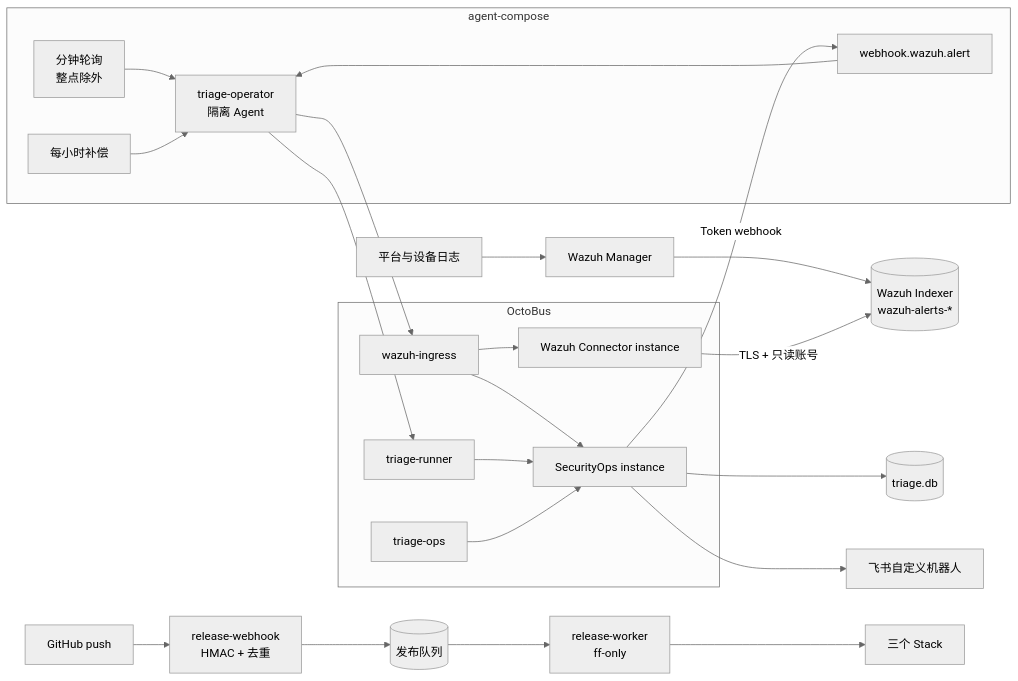
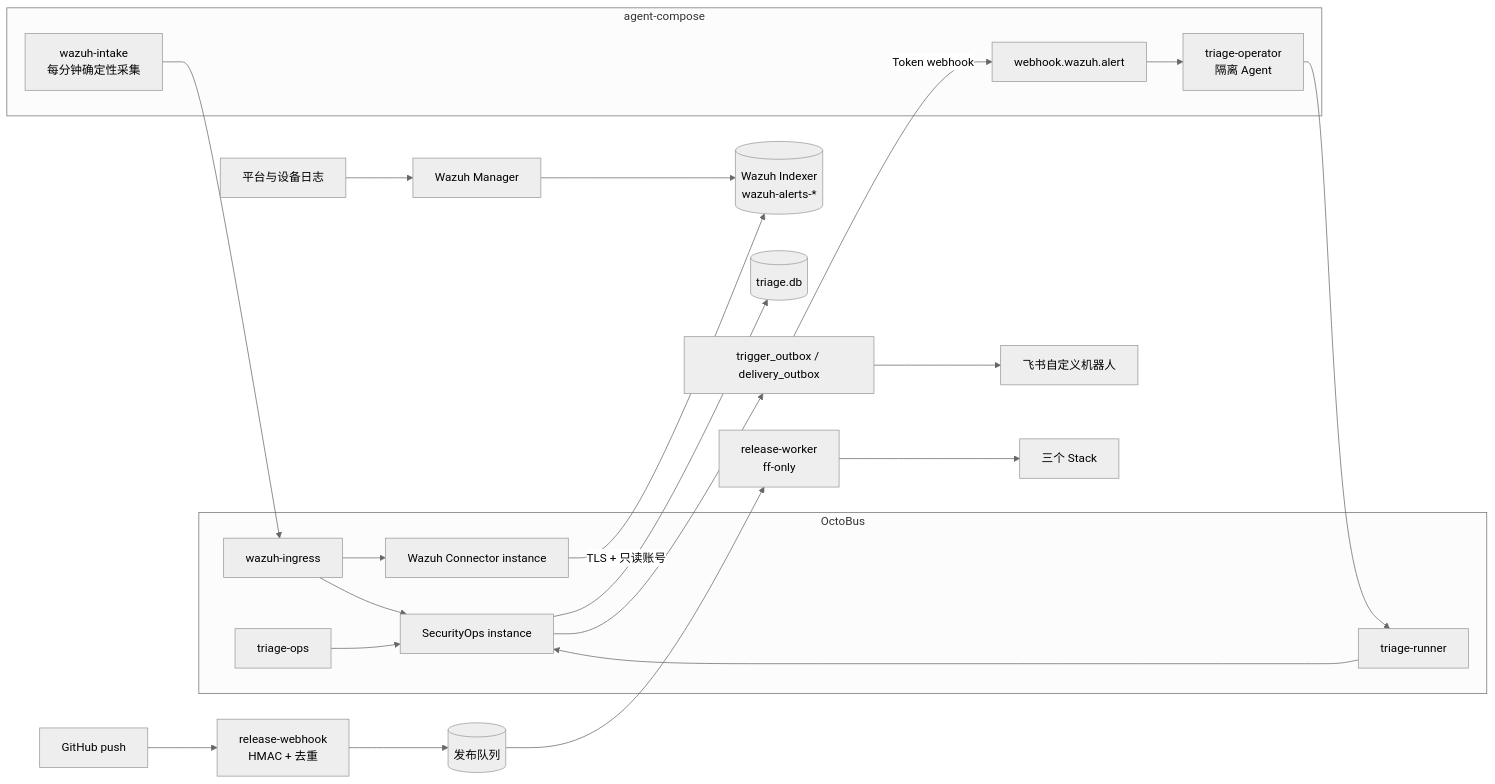
The first of 3 diagrams in README.md (ch7pairsq/chaitin-triage-agent), drawn with Mermaid (neutral theme) before and after one commit. The commit also changed other lines of this file and 8 other files, not shown here.

````diff
--- a/README.md
+++ b/README.md
@@ -29,39 +29,37 @@
 ```mermaid
 flowchart LR
   S[平台与设备日志] --> W[Wazuh Manager]
   W --> I[(Wazuh Indexer<br/>wazuh-alerts-*)]
 
   subgraph AC[agent-compose]
-    P[分钟轮询<br/>整点除外]
+    P[wazuh-intake<br/>每分钟确定性采集]
     E[webhook.wazuh.alert]
-    H[每小时补偿]
     A[triage-operator<br/>隔离 Agent]
-    P --> A
     E --> A
-    H --> A
   end
 
   subgraph OB[OctoBus]
     C1[wazuh-ingress]
     C2[triage-runner]
     C3[triage-ops]
     WC[Wazuh Connector instance]
     SO[SecurityOps instance]
     C1 --> WC
     C1 --> SO
     C2 --> SO
     C3 --> SO
   end
 
-  A --> C1
+  P --> C1
   A --> C2
   WC -->|TLS + 只读账号| I
   SO --> DB[(triage.db)]
-  SO --> F[飞书自定义机器人]
-  SO -->|Token webhook| E
+  SO --> O[trigger_outbox / delivery_outbox]
+  O -->|Token webhook| E
+  O --> F[飞书自定义机器人]
 
   GH[GitHub push] --> RW[release-webhook<br/>HMAC + 去重]
   RW --> Q[(发布队列)]
   Q --> WK[release-worker<br/>ff-only]
   WK --> DEP[三个 Stack]
 ```
````
